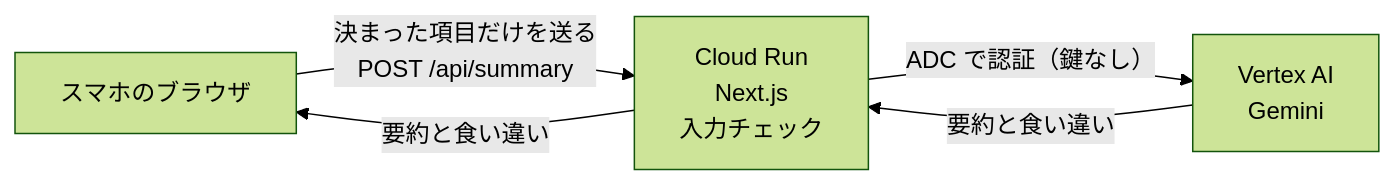
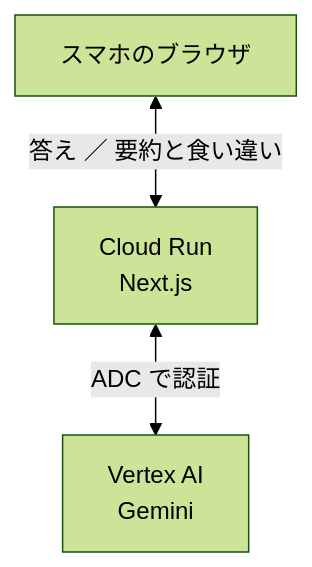
The second of 2 diagrams in README.md (Devfest-Hackathon-2026/df-2026-t188), drawn with Mermaid (forest theme) before and after one commit. The commit also changed other lines of this file and 4 other files, not shown here.

````diff
--- a/README.md
+++ b/README.md
@@ -54,7 +77,5 @@
 ```mermaid
-flowchart LR
-  A["スマホのブラウザ"] -- "決まった項目だけを送る<br/>POST /api/summary" --> B["Cloud Run<br/>Next.js<br/>入力チェック"]
-  B -- "ADC で認証（鍵なし）" --> C["Vertex AI<br/>Gemini"]
-  C -- "要約と食い違い" --> B
-  B -- "要約と食い違い" --> A
+flowchart TD
+  A["スマホのブラウザ"] <-->|"答え ／ 要約と食い違い"| B["Cloud Run<br/>Next.js"]
+  B <-->|"ADC で認証"| C["Vertex AI<br/>Gemini"]
 ```
````
